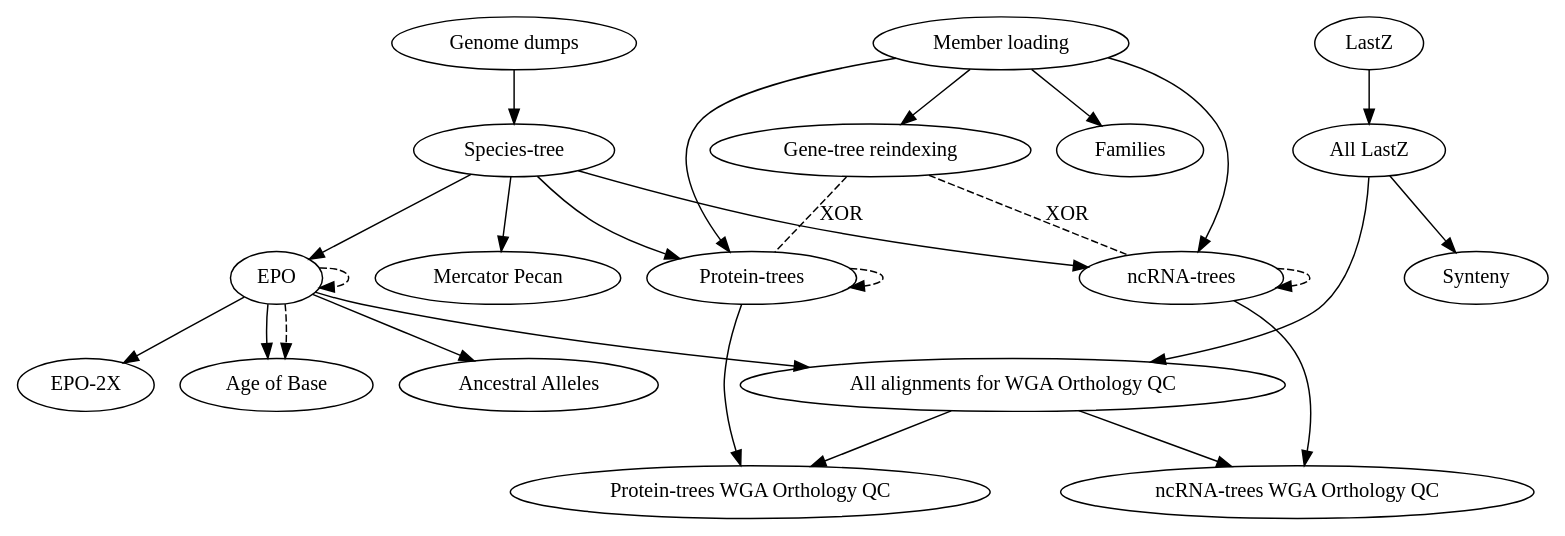
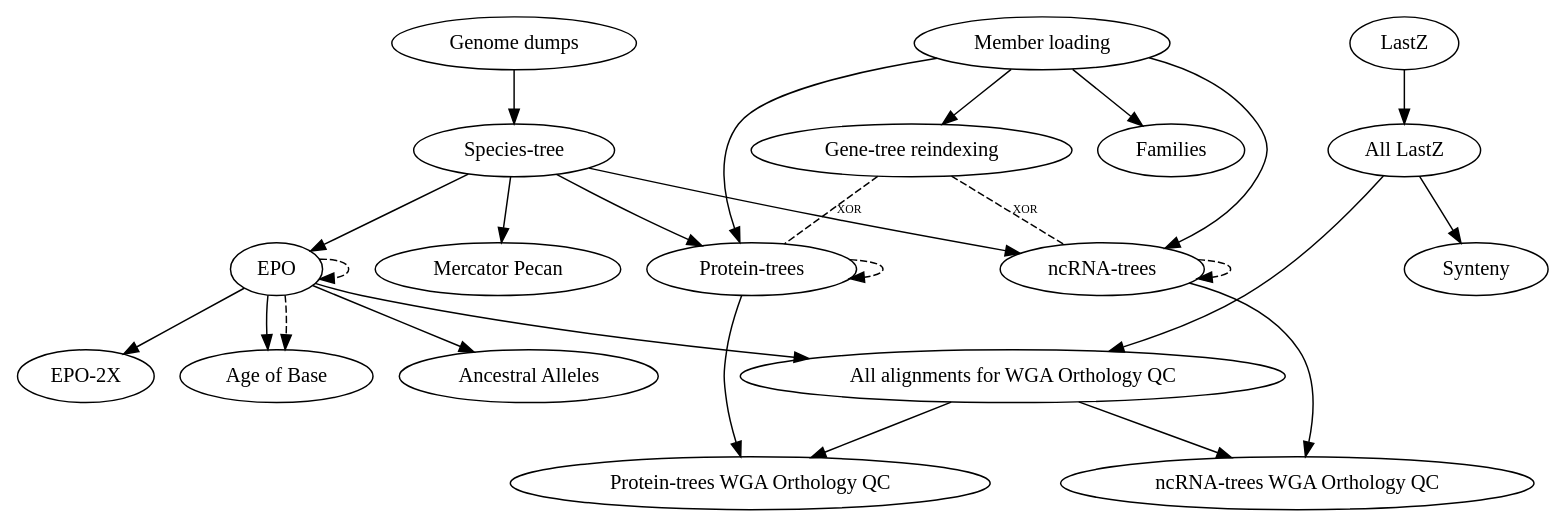
One commit to Ensembl/ensembl-compara changed the diagram in scripts/jira_tickets/compara_merged.dot. Above: the diagram before and after it, drawn with Graphviz.

Commit message:
Smaller labels

```diff
--- a/scripts/jira_tickets/compara_merged.dot
+++ b/scripts/jira_tickets/compara_merged.dot
@@ -1,22 +1,22 @@
 digraph {
     "Genome dumps" -> "Species-tree";
     "Species-tree" -> { "EPO", "Mercator Pecan", "Protein-trees", "ncRNA-trees" };
     "EPO" -> "EPO-2X";
     "EPO" -> "Age of Base";
     "EPO" -> "Ancestral Alleles";
     "Member loading" -> { "Protein-trees", "ncRNA-trees", "Families", "Gene-tree reindexing" };
     "Protein-trees" -> "Protein-trees WGA Orthology QC";
     "ncRNA-trees" -> "ncRNA-trees WGA Orthology QC";
     {"All LastZ", "EPO"} -> "All alignments for WGA Orthology QC" -> {"Protein-trees WGA Orthology QC", "ncRNA-trees WGA Orthology QC"};
     "LastZ" -> "All LastZ" -> "Synteny";
 
-    "Gene-tree reindexing" -> "ncRNA-trees" [style="dashed", dir=none, label="XOR", headport="murinae:w", tailport="murinae:s"];
-    "Gene-tree reindexing" -> "Protein-trees" [style="dashed", dir=none, label="XOR", headport="murinae:e", tailport="murinae:s"];
+    "Gene-tree reindexing" -> "ncRNA-trees" [style="dashed", dir=none, fontsize="8", label="XOR", headport="murinae:w", tailport="murinae:s"];
+    "Gene-tree reindexing" -> "Protein-trees" [style="dashed", dir=none, fontsize="8", label="XOR", headport="murinae:e", tailport="murinae:s"];
     "EPO" -> "EPO" [style="dashed", headport="Primates:e", tailport="Mammals:e"];
     "EPO" -> "Age of Base" [style="dashed", headport="Vertebrates:w", tailport="Mammals:w"];
     "Protein-trees" -> "Protein-trees" [style="dashed", headport="Murinae:w", tailport="Default vertebrates:w"];
     "ncRNA-trees" -> "ncRNA-trees" [style="dashed", headport="Murinae:e", tailport="Default vertebrates:e"];
 
     // Helps laying out the graph
     {rank = same; "Genome dumps"; "LastZ"; "Member loading"; }
 }
```
